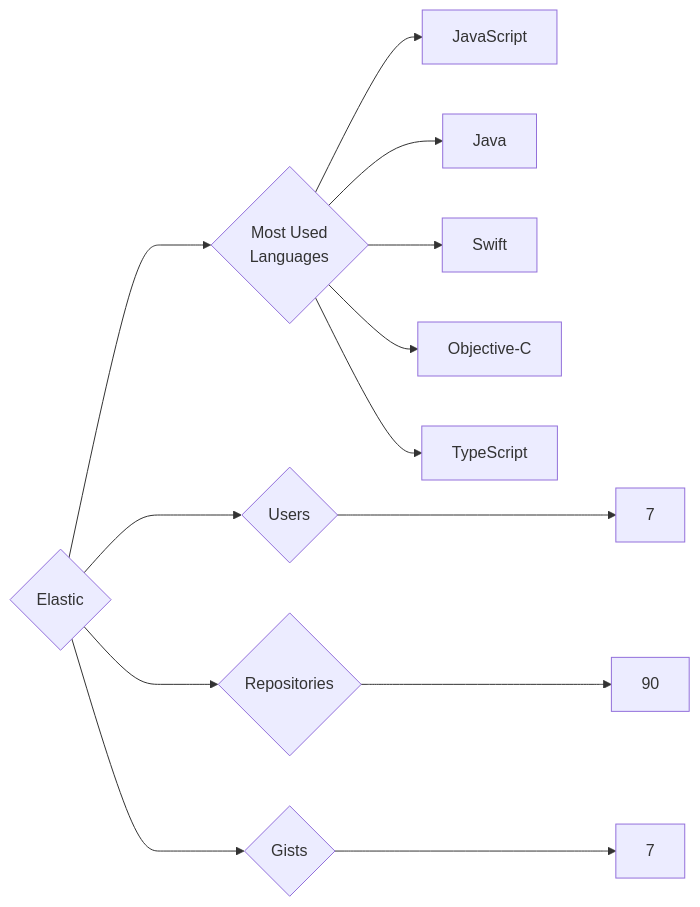
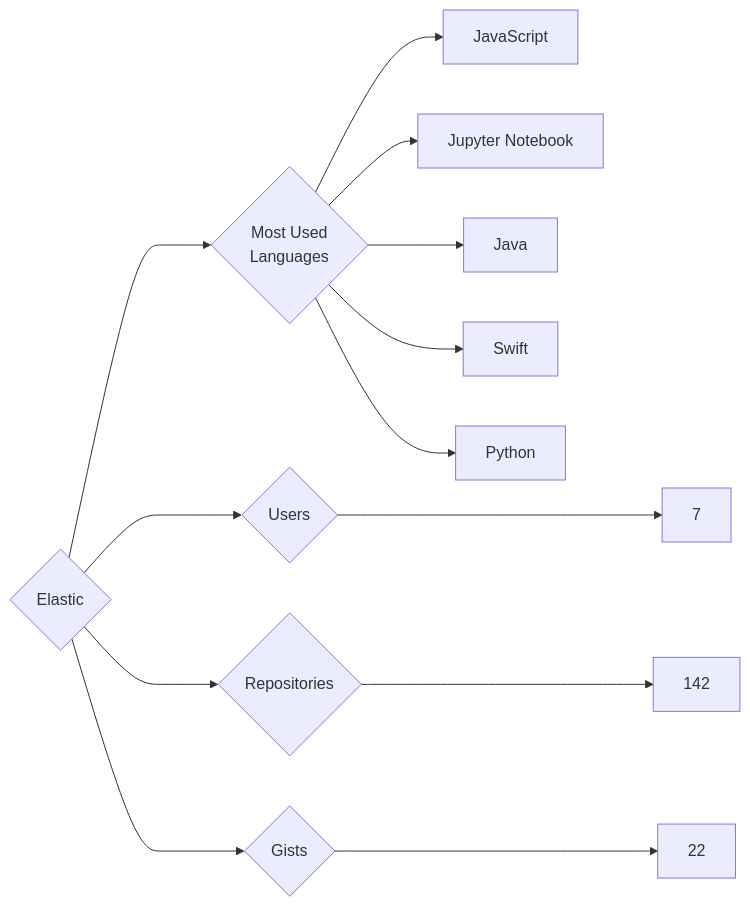
Before and after one commit to trickest/insiders: the diagram in targets/Elastic/README.md, drawn with Mermaid. The commit also changed 1148 other files, not shown here.

````diff
--- a/targets/Elastic/README.md
+++ b/targets/Elastic/README.md
@@ -3,13 +3,13 @@
 ```mermaid
 graph LR
 COMPANY_NAME{Elastic}
 COMPANY_NAME ---> U{Users} ---> UN[7]
-COMPANY_NAME ---> R{Repositories} ---> RN[90]
-COMPANY_NAME ---> G{Gists} ---> GN[7]
+COMPANY_NAME ---> R{Repositories} ---> RN[142]
+COMPANY_NAME ---> G{Gists} ---> GN[22]
 COMPANY_NAME ---> ML{Most Used<br>Languages}
 ML --> JavaScript[JavaScript]
+ML --> Jupyter_Notebook[Jupyter Notebook]
 ML --> Java[Java]
 ML --> Swift[Swift]
-ML --> Objective-C[Objective-C]
-ML --> TypeScript[TypeScript]
+ML --> Python[Python]
 ```
````
